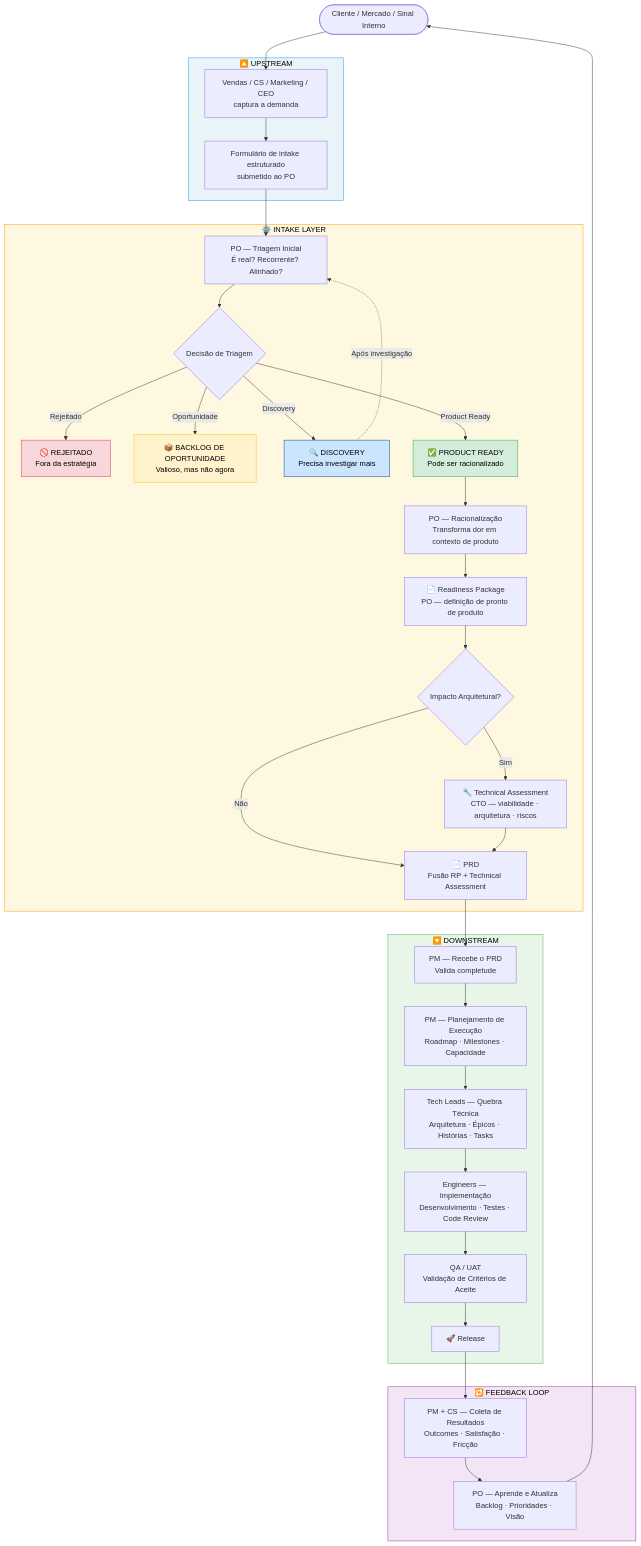
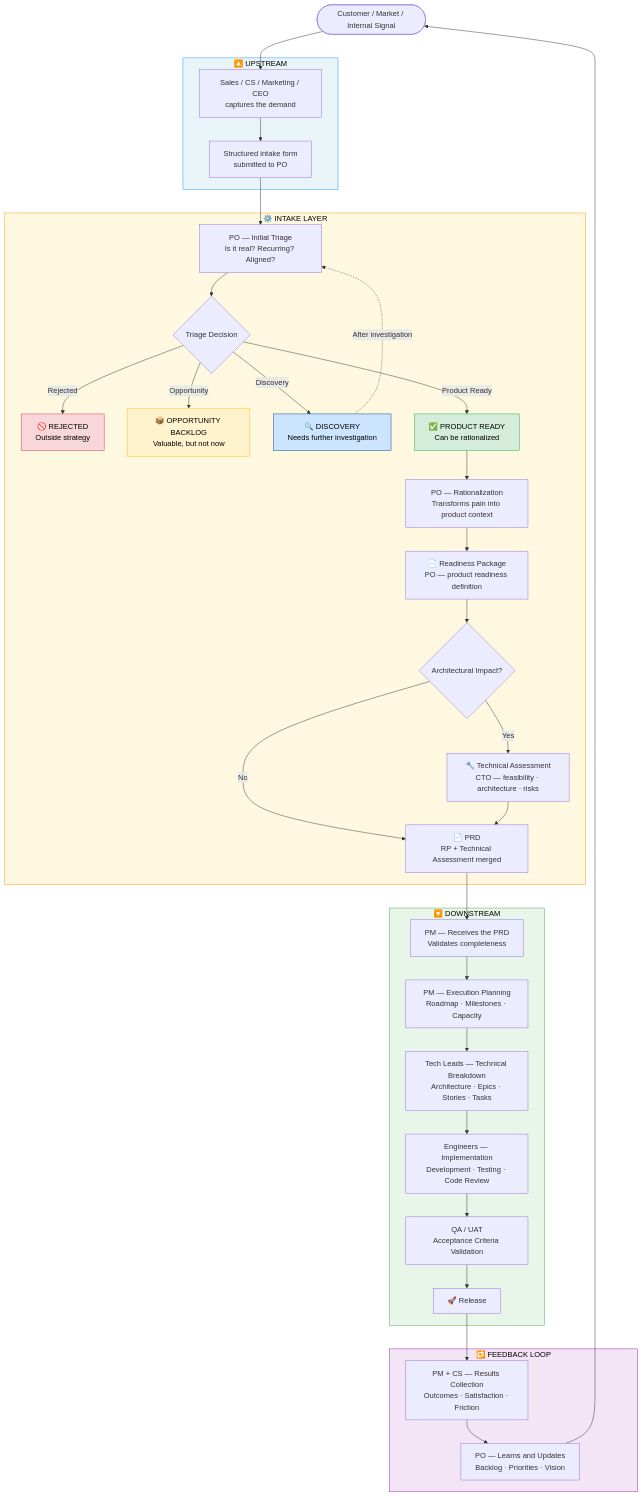
Before and after one commit to hugo-hsbtech/teamwork-process: the second of 11 diagrams in README.md, drawn with Mermaid. The commit also changed other lines of this file and 63 other files, not shown here.

````diff
--- a/README.md
+++ b/README.md
@@ -117,71 +117,71 @@
 ```mermaid
 flowchart TD
-    SIGNAL([Cliente / Mercado / Sinal Interno])
+    SIGNAL([Customer / Market / Internal Signal])
 
     subgraph UP ["🔼 UPSTREAM"]
-        A[Vendas / CS / Marketing / CEO\ncaptura a demanda]
-        B[Formulário de intake estruturado\nsubmetido ao PO]
+        A[Sales / CS / Marketing / CEO\ncaptures the demand]
+        B[Structured intake form\nsubmitted to PO]
     end
 
     subgraph IL ["⚙️ INTAKE LAYER"]
-        C[PO — Triagem Inicial\nÉ real? Recorrente? Alinhado?]
-        D{Decisão de Triagem}
-        REJ[🚫 REJEITADO\nFora da estratégia]
-        OPP[📦 BACKLOG DE OPORTUNIDADE\nValioso, mas não agora]
-        DISC[🔍 DISCOVERY\nPrecisa investigar mais]
-        PR[✅ PRODUCT READY\nPode ser racionalizado]
-        E[PO — Racionalização\nTransforma dor em contexto de produto]
-        RP[📄 Readiness Package\nPO — definição de pronto de produto]
-        F{Impacto Arquitetural?}
-        CTO_A[🔧 Technical Assessment\nCTO — viabilidade · arquitetura · riscos]
-        PRD[📄 PRD\nFusão RP + Technical Assessment]
+        C[PO — Initial Triage\nIs it real? Recurring? Aligned?]
+        D{Triage Decision}
+        REJ[🚫 REJECTED\nOutside strategy]
+        OPP[📦 OPPORTUNITY BACKLOG\nValuable, but not now]
+        DISC[🔍 DISCOVERY\nNeeds further investigation]
+        PR[✅ PRODUCT READY\nCan be rationalized]
+        E[PO — Rationalization\nTransforms pain into product context]
+        RP[📄 Readiness Package\nPO — product readiness definition]
+        F{Architectural Impact?}
+        CTO_A[🔧 Technical Assessment\nCTO — feasibility · architecture · risks]
+        PRD[📄 PRD\nRP + Technical Assessment merged]
     end
 
     subgraph DS ["🔽 DOWNSTREAM"]
-        PM_R[PM — Recebe o PRD\nValida completude]
-        PM_P[PM — Planejamento de Execução\nRoadmap · Milestones · Capacidade]
-        TL_B[Tech Leads — Quebra Técnica\nArquitetura · Épicos · Histórias · Tasks]
-        ENG_I[Engineers — Implementação\nDesenvolvimento · Testes · Code Review]
-        QA[QA / UAT\nValidação de Critérios de Aceite]
+        PM_R[PM — Receives the PRD\nValidates completeness]
+        PM_P[PM — Execution Planning\nRoadmap · Milestones · Capacity]
+        TL_B[Tech Leads — Technical Breakdown\nArchitecture · Epics · Stories · Tasks]
+        ENG_I[Engineers — Implementation\nDevelopment · Testing · Code Review]
+        QA[QA / UAT\nAcceptance Criteria Validation]
         REL[🚀 Release]
     end
 
     subgraph FB ["🔁 FEEDBACK LOOP"]
-        FB1[PM + CS — Coleta de Resultados\nOutcomes · Satisfação · Fricção]
-        FB2[PO — Aprende e Atualiza\nBacklog · Prioridades · Visão]
+        FB1[PM + CS — Results Collection\nOutcomes · Satisfaction · Friction]
+        FB2[PO — Learns and Updates\nBacklog · Priorities · Vision]
     end
 
     SIGNAL --> A
     A --> B
     B --> C
     C --> D
-    D -- Rejeitado --> REJ
-    D -- Oportunidade --> OPP
+    D -- Rejected --> REJ
+    D -- Opportunity --> OPP
     D -- Discovery --> DISC
-    DISC -.->|Após investigação| C
+    DISC -.->|After investigation| C
     D -- Product Ready --> PR
     PR --> E
     E --> RP
     RP --> F
-    F -- Não --> PRD
-    F -- Sim --> CTO_A
+    F -- No --> PRD
+    F -- Yes --> CTO_A
     CTO_A --> PRD
     PRD --> PM_R
     PM_R --> PM_P
     PM_P --> TL_B
     TL_B --> ENG_I
     ENG_I --> QA
     QA --> REL
     REL --> FB1
     FB1 --> FB2
     FB2 --> SIGNAL
 
     style UP fill:#e8f4f8,stroke:#2196F3,color:#000
     style IL fill:#fff8e1,stroke:#FF9800,color:#000
     style DS fill:#e8f5e9,stroke:#4CAF50,color:#000
     style FB fill:#f3e5f5,stroke:#9C27B0,color:#000
     style REJ fill:#f8d7da,stroke:#dc3545,color:#000
     style OPP fill:#fff3cd,stroke:#ffc107,color:#000
     style DISC fill:#cce5ff,stroke:#004085,color:#000
     style PR fill:#d4edda,stroke:#28a745,color:#000
 ```
````
